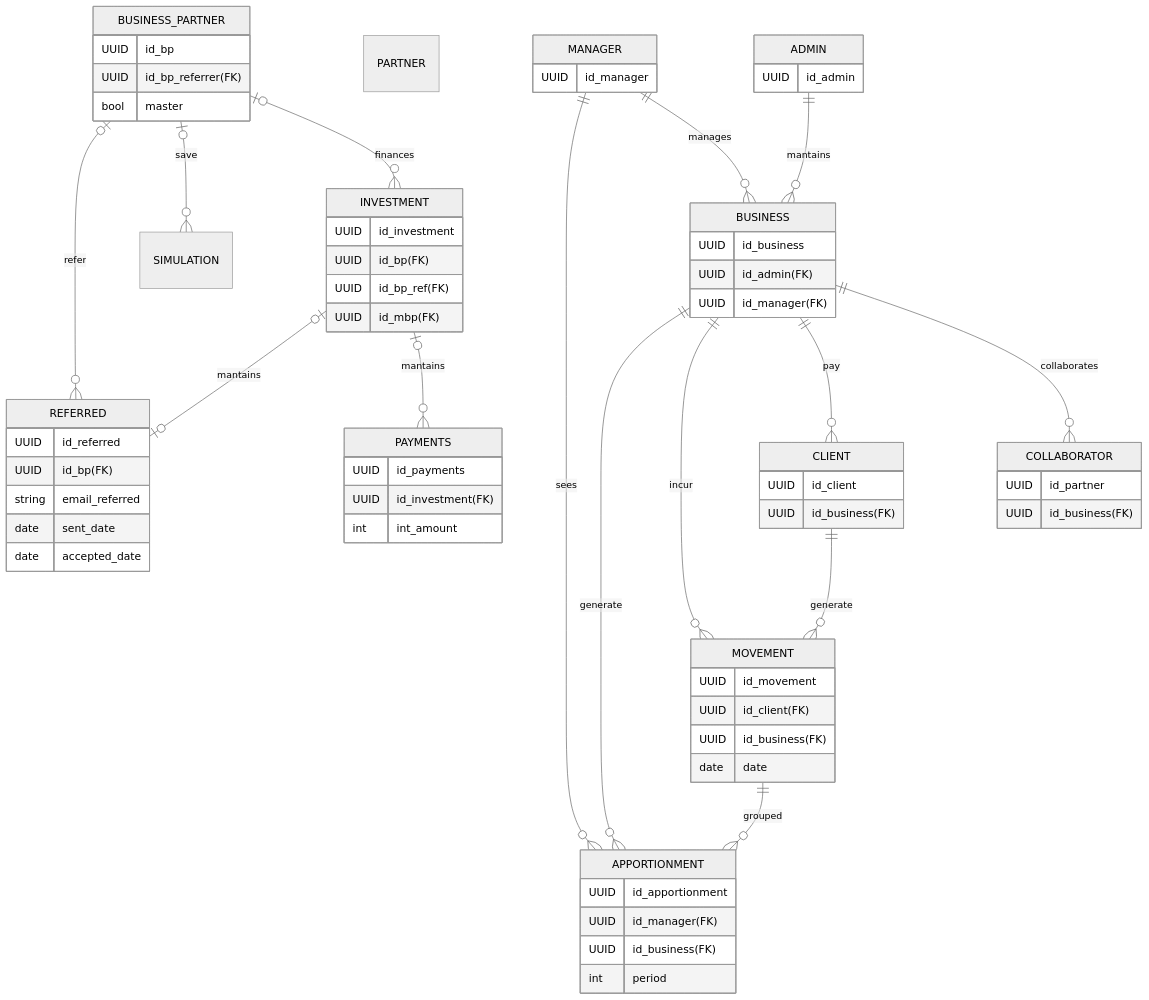
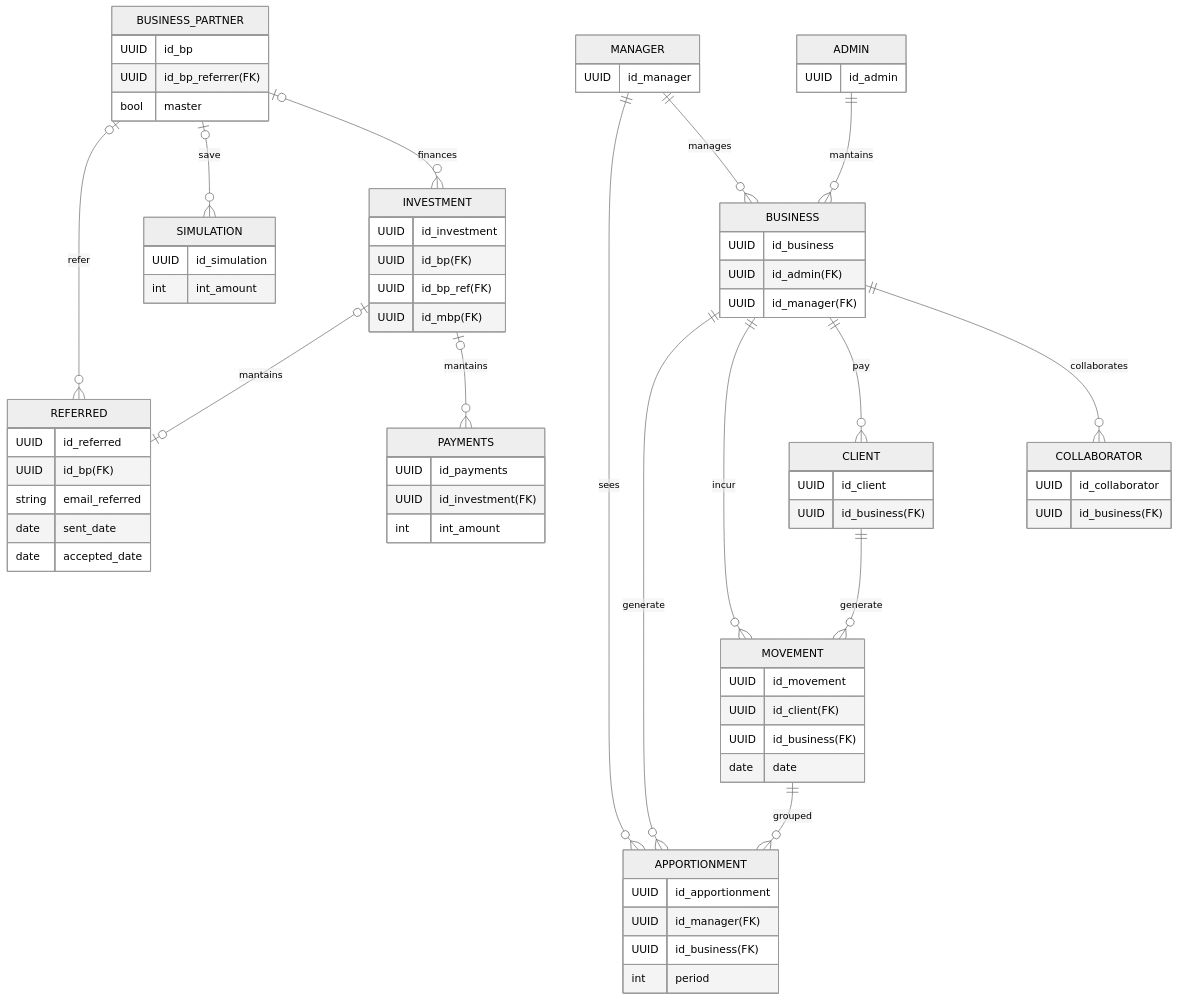
The diagram in Entity–relationship-model.md (git-jrm/management-system), drawn with Mermaid (neutral theme) before and after one commit.

````diff
--- a/Entity–relationship-model.md
+++ b/Entity–relationship-model.md
@@ -3,74 +3,77 @@
 ```mermaid
 erDiagram
     ADMIN ||--o{ BUSINESS : mantains
     BUSINESS ||--o{ COLLABORATOR : collaborates
     BUSINESS ||--o{ CLIENT : pay
-    PARTNER
     MANAGER ||--o{ BUSINESS : manages
     CLIENT ||--o{ MOVEMENT : generate
     BUSINESS ||--o{ MOVEMENT : incur
     BUSINESS ||--o{ APPORTIONMENT : generate
     MOVEMENT ||--o{ APPORTIONMENT : grouped
     MANAGER ||--o{ APPORTIONMENT : sees
     ADMIN {
         UUID id_admin
     }
     MANAGER {
         UUID id_manager
     }
     BUSINESS {
         UUID id_business
         UUID id_admin(FK)
         UUID id_manager(FK)
     }
     COLLABORATOR {
-        UUID id_partner
+        UUID id_collaborator
         UUID id_business(FK)
     }
     APPORTIONMENT{ 
         UUID id_apportionment
         UUID id_manager(FK)
         UUID id_business(FK)
         int period
     }
     CLIENT {
         UUID id_client
         UUID id_business(FK)
     }
     MOVEMENT {
         UUID id_movement
         UUID id_client(FK)
         UUID id_business(FK)
         date date
     }
     
     BUSINESS_PARTNER |o--o{ INVESTMENT : finances
     BUSINESS_PARTNER |o--o{ SIMULATION : save
     BUSINESS_PARTNER |o--o{ REFERRED : refer
     INVESTMENT |o--o{ PAYMENTS : mantains
     INVESTMENT |o--o| REFERRED : mantains
     BUSINESS_PARTNER {
         UUID id_bp
         UUID id_bp_referrer(FK)
         bool master
     }
     INVESTMENT {
         UUID id_investment
         UUID id_bp(FK)
         UUID id_bp_ref(FK)
         UUID id_mbp(FK)
     }
     REFERRED {
         UUID id_referred
         UUID id_bp(FK)
         string email_referred
         date sent_date
         date accepted_date
     }
     PAYMENTS {
         UUID id_payments
         UUID id_investment(FK)
         int int_amount
     }
+    SIMULATION {
+        UUID id_simulation
+        int int_amount
+    }
 
 ```
````
